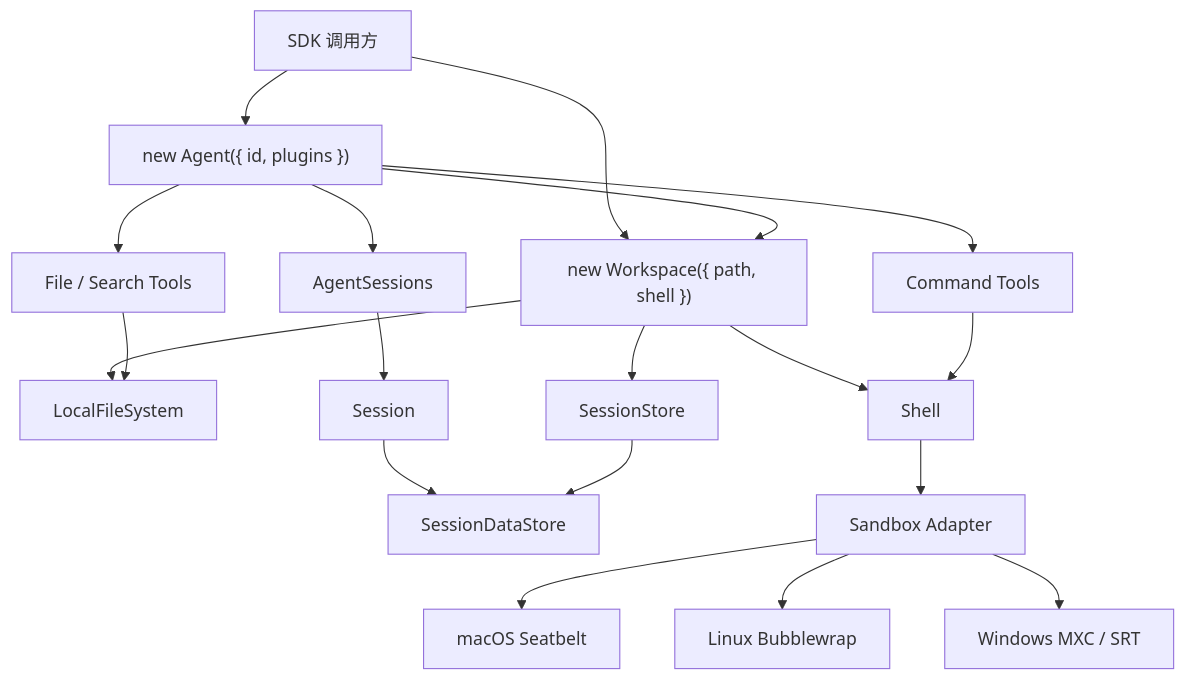
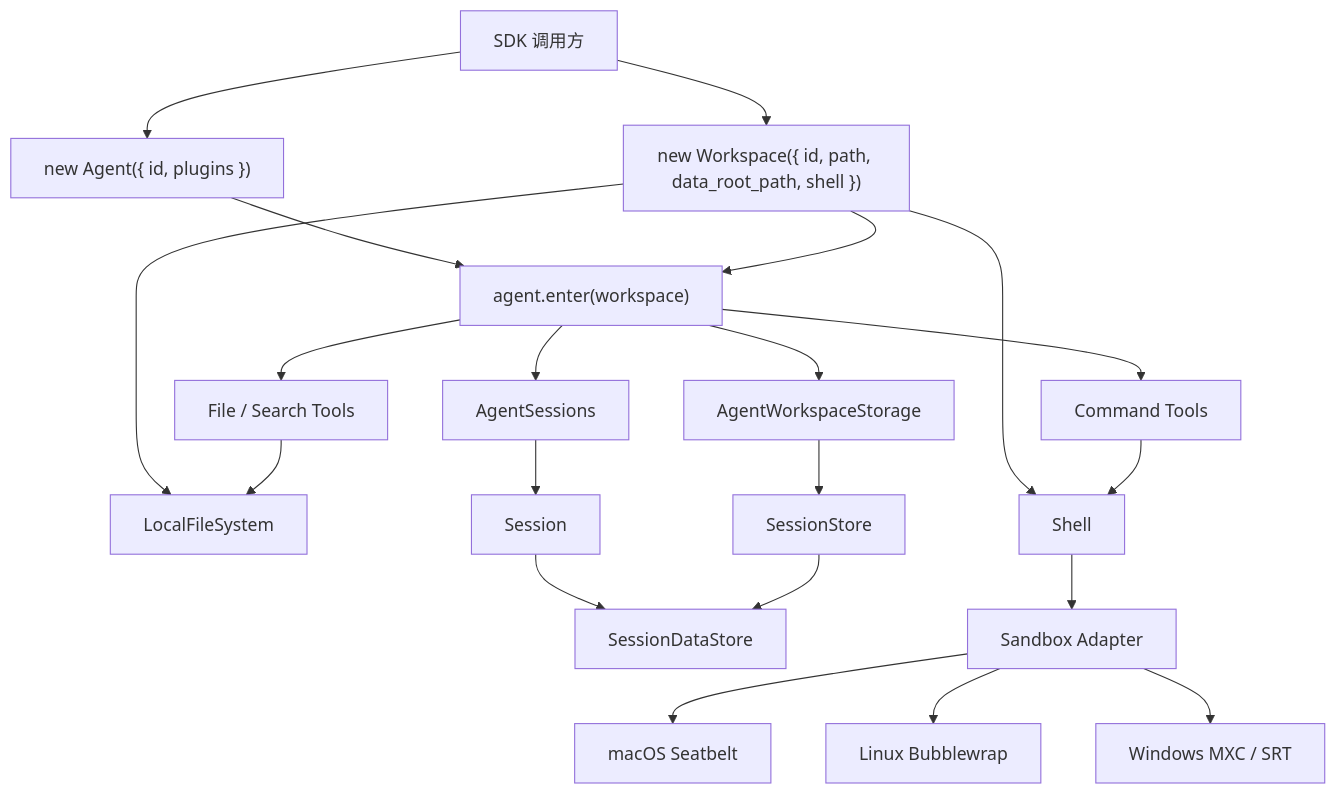
Before and after one commit to genesiscosmos/downcity: the first of 2 diagrams in docs/agent-runtime-architecture.md, drawn with Mermaid. The commit also changed other lines of this file and 154 other files, not shown here.

Commit message:
refactor(agent): centralize workspace runtime storage

````diff
--- a/docs/agent-runtime-architecture.md
+++ b/docs/agent-runtime-architecture.md
@@ -241,25 +243,27 @@
 ```mermaid
 flowchart TD
-    App["SDK 调用方"] --> Workspace["new Workspace({ path, shell })"]
+    App["SDK 调用方"] --> Workspace["new Workspace({ id, path, data_root_path, shell })"]
     App --> Agent["new Agent({ id, plugins })"]
-    Agent --> Workspace
+    Agent --> AgentWorkspace["agent.enter(workspace)"]
+    Workspace --> AgentWorkspace
     Workspace --> Files["LocalFileSystem"]
     Workspace --> Shell["Shell"]
-    Workspace --> Store["SessionStore"]
-    Agent --> Sessions["AgentSessions"]
+    AgentWorkspace --> Storage["AgentWorkspaceStorage"]
+    Storage --> Store["SessionStore"]
+    AgentWorkspace --> Sessions["AgentSessions"]
 
     Sessions --> Session["Session"]
     Session --> SessionDataStore["SessionDataStore"]
     Store --> SessionDataStore
 
-    Agent --> FileTools["File / Search Tools"]
+    AgentWorkspace --> FileTools["File / Search Tools"]
     FileTools --> Files
 
-    Agent --> ShellTools["Command Tools"]
+    AgentWorkspace --> ShellTools["Command Tools"]
     ShellTools --> Shell
     Shell --> Sandbox["Sandbox Adapter"]
 
     Sandbox --> Mac["macOS Seatbelt"]
     Sandbox --> Linux["Linux Bubblewrap"]
     Sandbox --> Windows["Windows MXC / SRT"]
 ```
````
